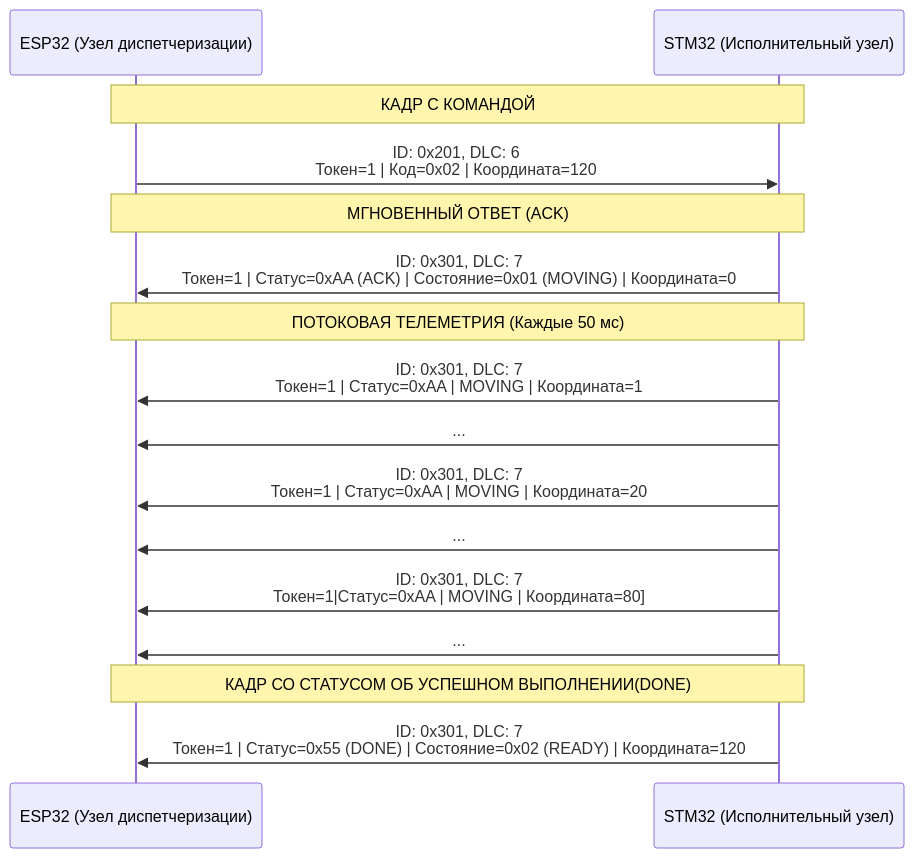
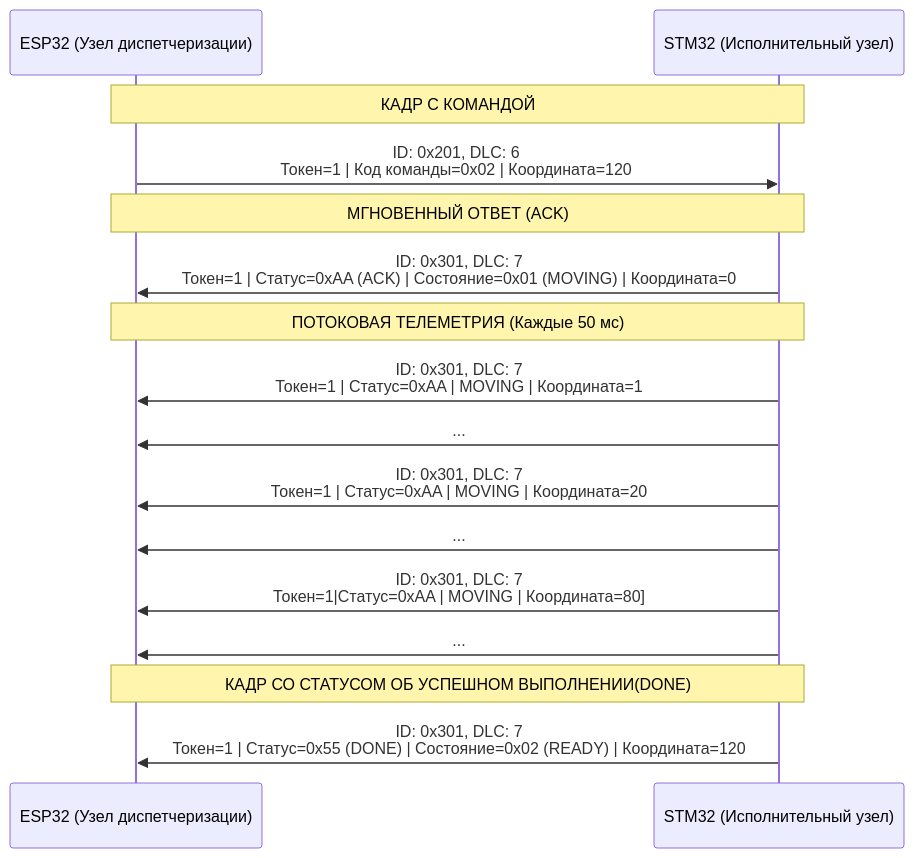
The second of 2 diagrams in README.md (malcevandrew/Motion-Control-System-via-CAN), drawn with Mermaid before and after one commit. The commit also changed other lines of this file, not shown here.

````diff
--- a/README.md
+++ b/README.md
@@ -259,36 +260,36 @@
 ```mermaid
 sequenceDiagram
     
     participant Master as ESP32 (Узел диспетчеризации)
     participant Slave as STM32 (Исполнительный узел)
 
     Note over Master, Slave: КАДР С КОМАНДОЙ
 
-    Master->>Slave: ID: 0x201, DLC: 6<br/>Токен=1 |   Код=0x02 | Координата=120
+    Master->>Slave: ID: 0x201, DLC: 6<br/>Токен=1 |   Код команды=0x02 | Координата=120
     
 
 
     Note over Master, Slave: МГНОВЕННЫЙ ОТВЕТ (ACK)
 
     Slave->>Master: ID: 0x301, DLC: 7<br/>Токен=1  |  Статус=0xAA (ACK) | Состояние=0x01 (MOVING) | Координата=0
 
    
 
     Note over Master, Slave: ПОТОКОВАЯ ТЕЛЕМЕТРИЯ (Каждые 50 мс)
     
 
     Slave->>Master: ID: 0x301, DLC: 7 <br/> Токен=1 | Статус=0xAA | MOVING | Координата=1
     
     Slave->>Master: ...
 
     Slave->>Master: ID: 0x301, DLC: 7 <br/> Токен=1 | Статус=0xAA | MOVING | Координата=20
 
     Slave->>Master: ...
 
     Slave->>Master: ID: 0x301, DLC: 7 <br/> Токен=1|Статус=0xAA | MOVING | Координата=80]
 
     Slave->>Master: ...
 
     Note over Master, Slave: КАДР СО СТАТУСОМ ОБ УСПЕШНОМ ВЫПОЛНЕНИИ(DONE)
     Slave->>Master: ID: 0x301, DLC: 7<br/>Токен=1 | Статус=0x55 (DONE) | Состояние=0x02 (READY) | Координата=120
 ```    
````
